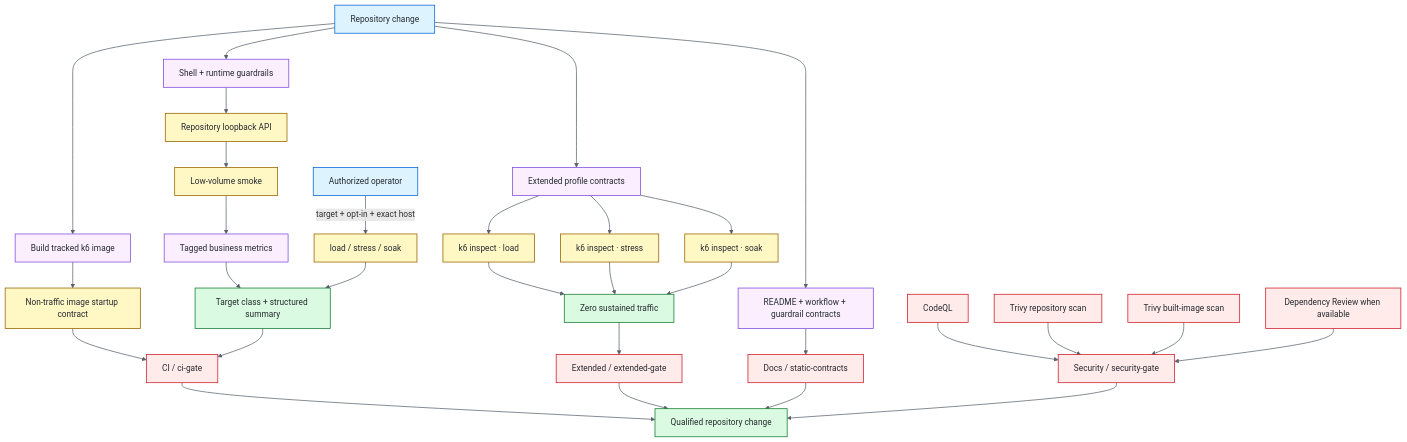
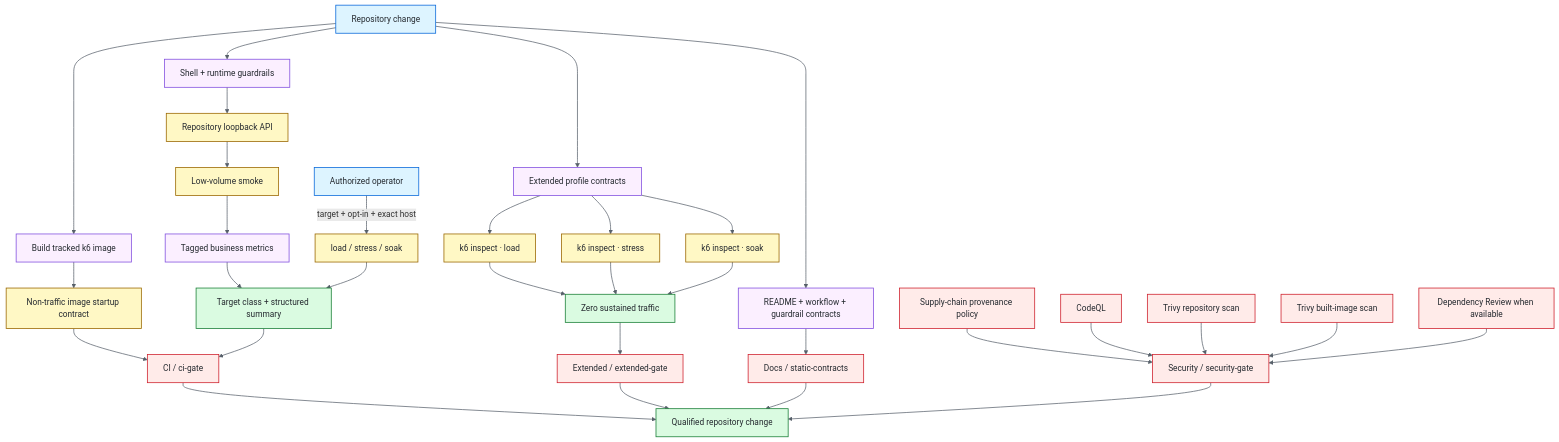
One commit to portyu9/qa-automation-load-k6 changed the diagram in README.md. Above: the diagram before and after it, drawn with Mermaid. The commit also changed other lines of this file, not shown here.

Commit message:
docs: show supply-chain policy in security architecture

````diff
--- a/README.md
+++ b/README.md
@@ -41,49 +41,50 @@
 ```mermaid
 flowchart TD
     CHANGE[Repository change] --> BUILD[Build tracked k6 image]
     BUILD --> SAFE[Non-traffic image startup contract]
     CHANGE --> GUARD[Shell + runtime guardrails]
     GUARD --> FIX[Repository loopback API]
     FIX --> SMOKE[Low-volume smoke]
     SMOKE --> BIZ[Tagged business metrics]
     BIZ --> SUMMARY[Target class + structured summary]
     SAFE --> CIG[CI / ci-gate]
     SUMMARY --> CIG
 
     CHANGE --> EXT[Extended profile contracts]
     EXT --> L[k6 inspect · load]
     EXT --> ST[k6 inspect · stress]
     EXT --> SO[k6 inspect · soak]
     L --> ZERO[Zero sustained traffic]
     ST --> ZERO
     SO --> ZERO
     ZERO --> EG[Extended / extended-gate]
 
     OP[Authorized operator] -->|target + opt-in + exact host| RUN[load / stress / soak]
     RUN --> SUMMARY
 
     CHANGE --> DOCS[README + workflow + guardrail contracts]
     DOCS --> DG[Docs / static-contracts]
 
-    SAST[CodeQL] --> SG[Security / security-gate]
+    SUPPLY[Supply-chain provenance policy] --> SG[Security / security-gate]
+    SAST[CodeQL] --> SG
     REPO[Trivy repository scan] --> SG
     IMAGE[Trivy built-image scan] --> SG
     REVIEW[Dependency Review when available] --> SG
 
     CIG --> RESULT[Qualified repository change]
     EG --> RESULT
     DG --> RESULT
     SG --> RESULT
 
     classDef entry fill:#ddf4ff,stroke:#0969da,color:#24292f,stroke-width:1.5px;
     classDef policy fill:#fbefff,stroke:#8250df,color:#24292f,stroke-width:1.5px;
     classDef runtime fill:#fff8c5,stroke:#9a6700,color:#24292f,stroke-width:1.5px;
     classDef evidence fill:#dafbe1,stroke:#1a7f37,color:#24292f,stroke-width:1.5px;
     classDef gate fill:#ffebe9,stroke:#cf222e,color:#24292f,stroke-width:1.5px;
     class CHANGE,OP entry;
     class BUILD,GUARD,BIZ,EXT,DOCS policy;
     class SAFE,FIX,SMOKE,L,ST,SO,RUN runtime;
     class SUMMARY,ZERO,RESULT evidence;
-    class CIG,EG,DG,SAST,REPO,IMAGE,REVIEW,SG gate;
+    class CIG,EG,DG,SUPPLY,SAST,REPO,IMAGE,REVIEW,SG gate;
     linkStyle default stroke:#57606a,stroke-width:1.4px;
 ```
````
